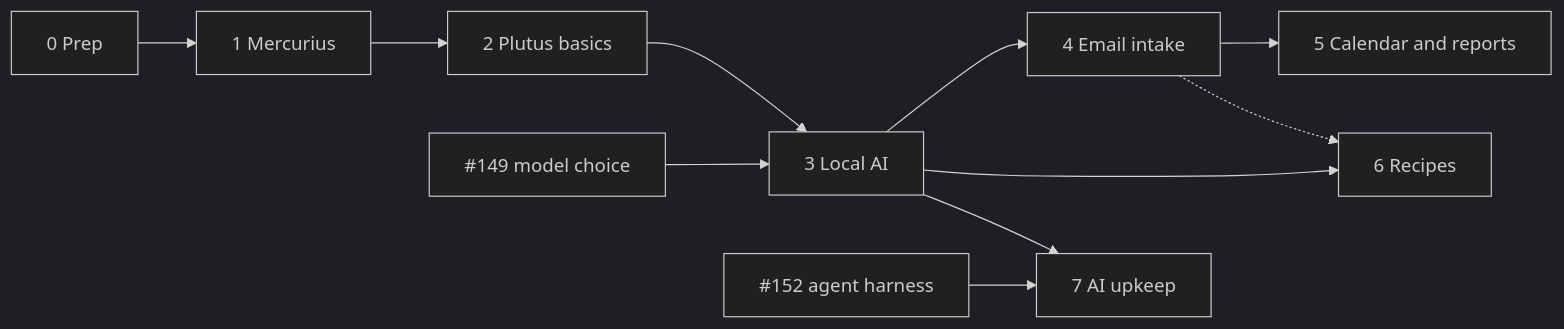
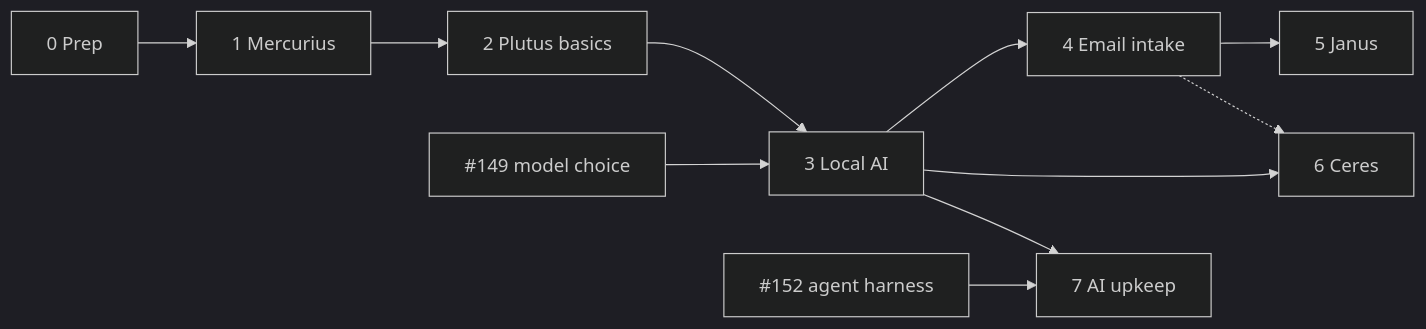
One commit to hsimah/the-loft changed the diagram in automation/plans/roadmap.md. Above: the diagram before and after it, drawn with Mermaid (dark theme). The commit also changed other lines of this file and 11 other files, not shown here.

First line of the commit message:
automation: name the calendar Janus and recipes Ceres

````diff
--- a/automation/plans/roadmap.md
+++ b/automation/plans/roadmap.md
@@ -5,10 +5,10 @@
 ```mermaid
 flowchart LR
   p0[0 Prep] --> p1[1 Mercurius] --> p2[2 Plutus basics] --> p3[3 Local AI]
-  p3 --> p4[4 Email intake] --> p5[5 Calendar and reports]
-  p3 --> p6[6 Recipes]
+  p3 --> p4[4 Email intake] --> p5[5 Janus]
+  p3 --> p6[6 Ceres]
   p4 -.-> p6
   p3 --> p7[7 AI upkeep]
   c149[#149 model choice] --> p3
   c152[#152 agent harness] --> p7
 ```
````
